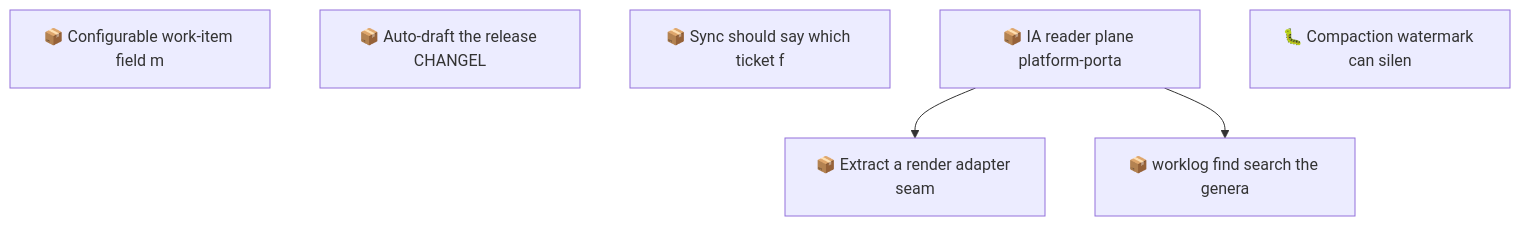
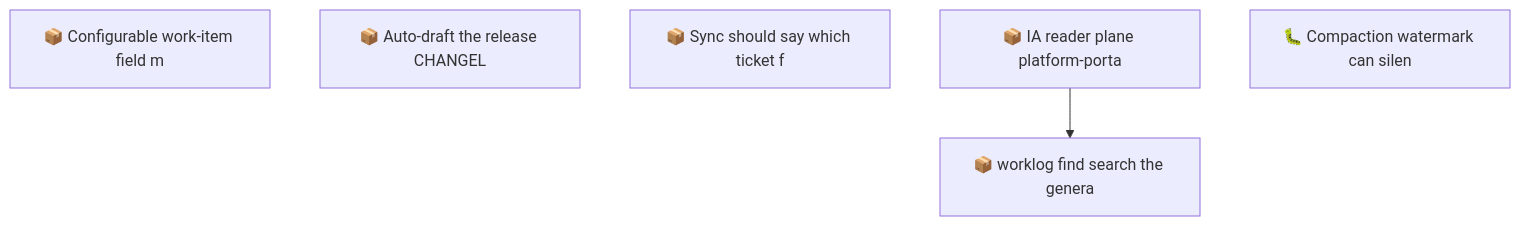
The second of 2 diagrams in docs/roadmap.md (SpillwaveSolutions/wiki_ticket_sdd), drawn with Mermaid before and after one commit. The commit also changed other lines of this file and 15 other files, not shown here.

````diff
--- a/docs/roadmap.md
+++ b/docs/roadmap.md
@@ -69,12 +66,10 @@
 ```mermaid
 graph TD
     01KY5NE0ZYGBWG44N0KPEBFCZ8["📦 Configurable work-item field m"]
     01KYAC0AC01R4C6W7YY1X8NVRV["📦 Auto-draft the release CHANGEL"]
     01KYNHEVDSD4BTASXCTV88Q80Q["📦 Sync should say which ticket f"]
     01KYWGM3KPNQNSWV03FRG23ADB["📦 IA reader plane platform-porta"]
-    01KYWGM3R13Q33YZ3PJA3V7QMD["📦 Extract a render adapter seam"]
     01KYWGM3W958F3QK4HB52X1Q1X["📦 worklog find search the genera"]
     01KYZ5CY9PS60BYH1E07DF5C9P["🐛 Compaction watermark can silen"]
-    01KYWGM3KPNQNSWV03FRG23ADB --> 01KYWGM3R13Q33YZ3PJA3V7QMD
     01KYWGM3KPNQNSWV03FRG23ADB --> 01KYWGM3W958F3QK4HB52X1Q1X
 ```
````
